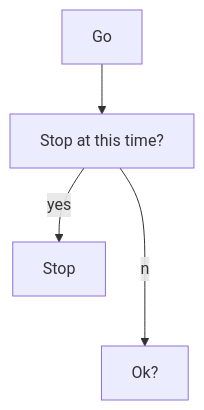
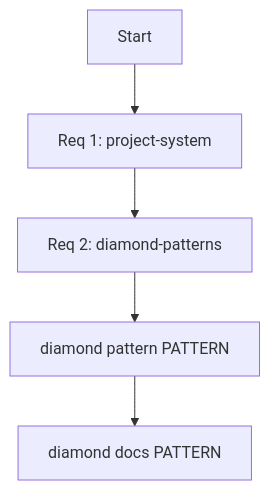
Before and after one commit to iandennismiller/diamond-patterns: the diagram in docs/_charts/launch-flowchart.mmd, drawn with Mermaid. The commit also changed 7 other files, not shown here.

Commit message:
include launch flowchart

```diff
--- a/docs/_charts/launch-flowchart.mmd
+++ b/docs/_charts/launch-flowchart.mmd
@@ -1,4 +1,5 @@
 graph TD;
-  go["Go"] --> check_stop["Stop at this time?"]
-  check_stop --no--> has_content["Ok?"];
-  check_stop --yes--> stop["Stop"];
+  start["Start"] --> req1["Req 1: project-system"];
+  req1 --> req2["Req 2: diamond-patterns"];
+  req2 --> pattern["diamond pattern PATTERN"];
+  pattern --> docs["diamond docs PATTERN"];
```
